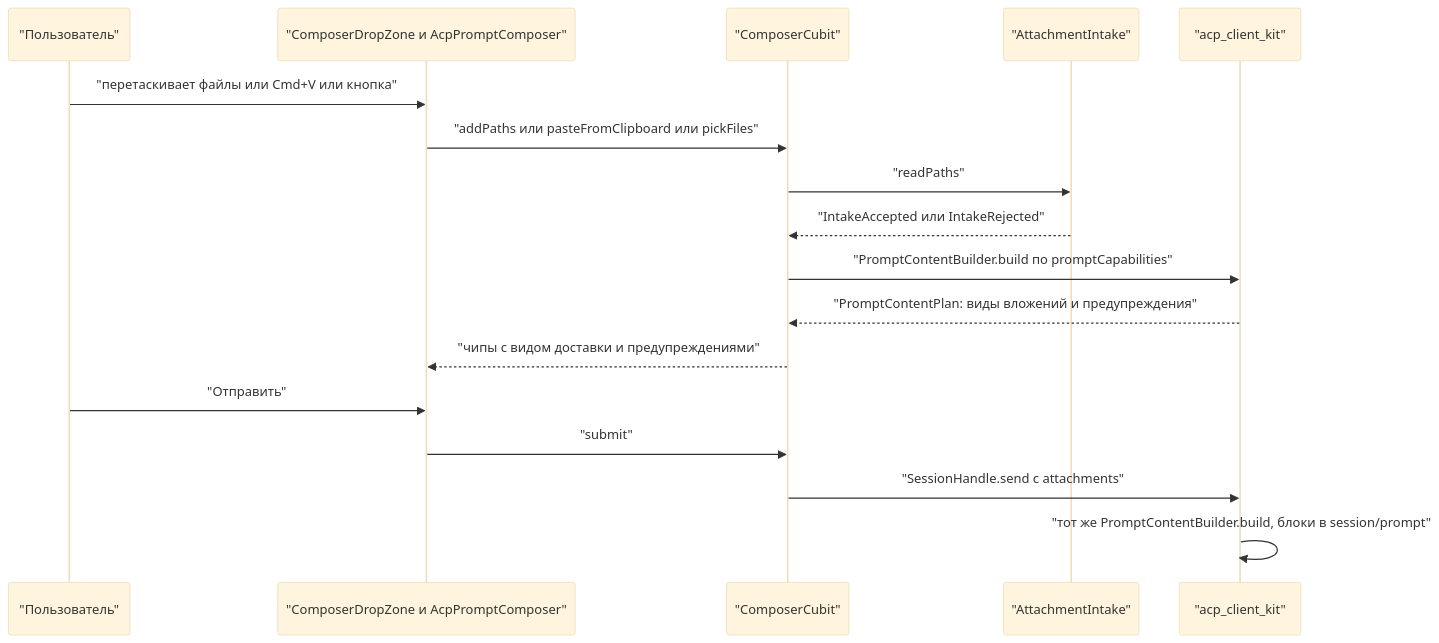
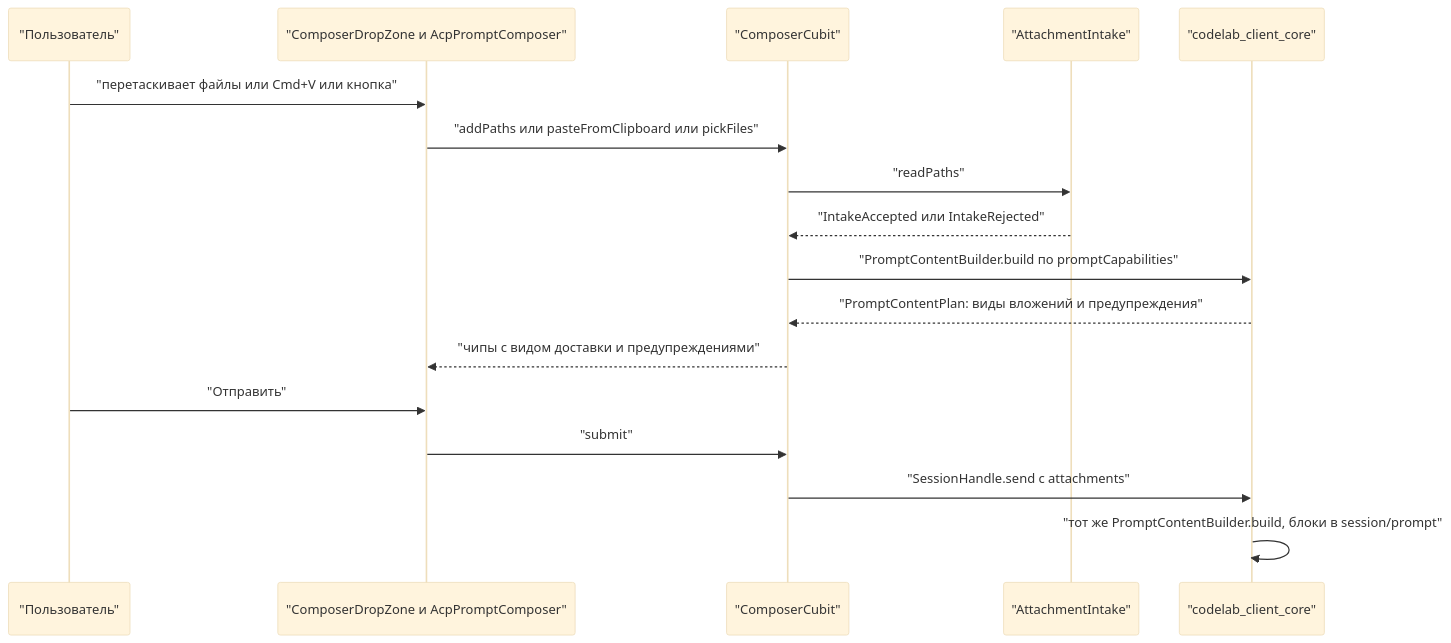
Before and after one commit to pese-git/codelab-app: the third of 3 diagrams in docs/architecture/proposals/dart-agent-and-clients/12-3-desktop-display.md, drawn with Mermaid (base theme). The commit also changed other lines of this file and 608 other files, not shown here.

First line of the commit message:
refactor: переименовать пакеты по схеме codelab_<сторона>_<слой> (ADR-0002)

````diff
--- a/docs/architecture/proposals/dart-agent-and-clients/12-3-desktop-display.md
+++ b/docs/architecture/proposals/dart-agent-and-clients/12-3-desktop-display.md
@@ -462,19 +462,19 @@
 ```mermaid
 sequenceDiagram
     participant U as "Пользователь"
     participant Z as "ComposerDropZone и AcpPromptComposer"
     participant C as "ComposerCubit"
     participant I as "AttachmentIntake"
-    participant K as "acp_client_kit"
+    participant K as "codelab_client_core"
     U->>Z: "перетаскивает файлы или Cmd+V или кнопка"
     Z->>C: "addPaths или pasteFromClipboard или pickFiles"
     C->>I: "readPaths"
     I-->>C: "IntakeAccepted или IntakeRejected"
     C->>K: "PromptContentBuilder.build по promptCapabilities"
     K-->>C: "PromptContentPlan: виды вложений и предупреждения"
     C-->>Z: "чипы с видом доставки и предупреждениями"
     U->>Z: "Отправить"
     Z->>C: "submit"
     C->>K: "SessionHandle.send с attachments"
     K->>K: "тот же PromptContentBuilder.build, блоки в session/prompt"
 ```
````
